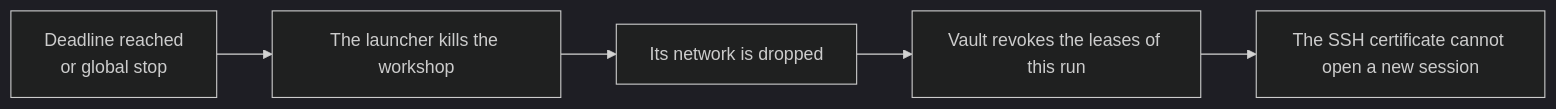
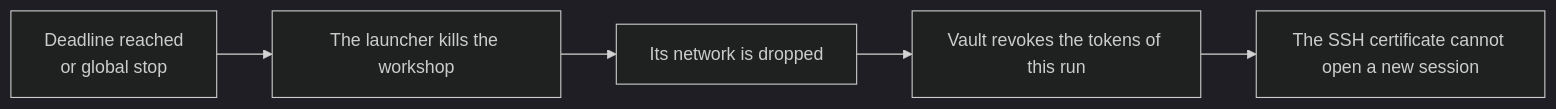
The fourth of 4 diagrams in docs/security-model.md (MafLabs38/orchestrarr), drawn with Mermaid (dark theme) before and after one commit. The commit also changed other lines of this file and 2 other files, not shown here.

First line of the commit message:
docs(adr): one launcher and one Vault role per environment (ADR 0012) (#19)

````diff
--- a/docs/security-model.md
+++ b/docs/security-model.md
@@ -159,10 +157,10 @@
 ```mermaid
 flowchart LR
   trigger["Deadline reached<br/>or global stop"]
   kill["The launcher kills the workshop"]
   net["Its network is dropped"]
-  lease["Vault revokes the leases of this run"]
+  lease["Vault revokes the tokens of this run"]
   cert["The SSH certificate cannot open a new session"]
 
   trigger --> kill --> net --> lease --> cert
 ```
````
